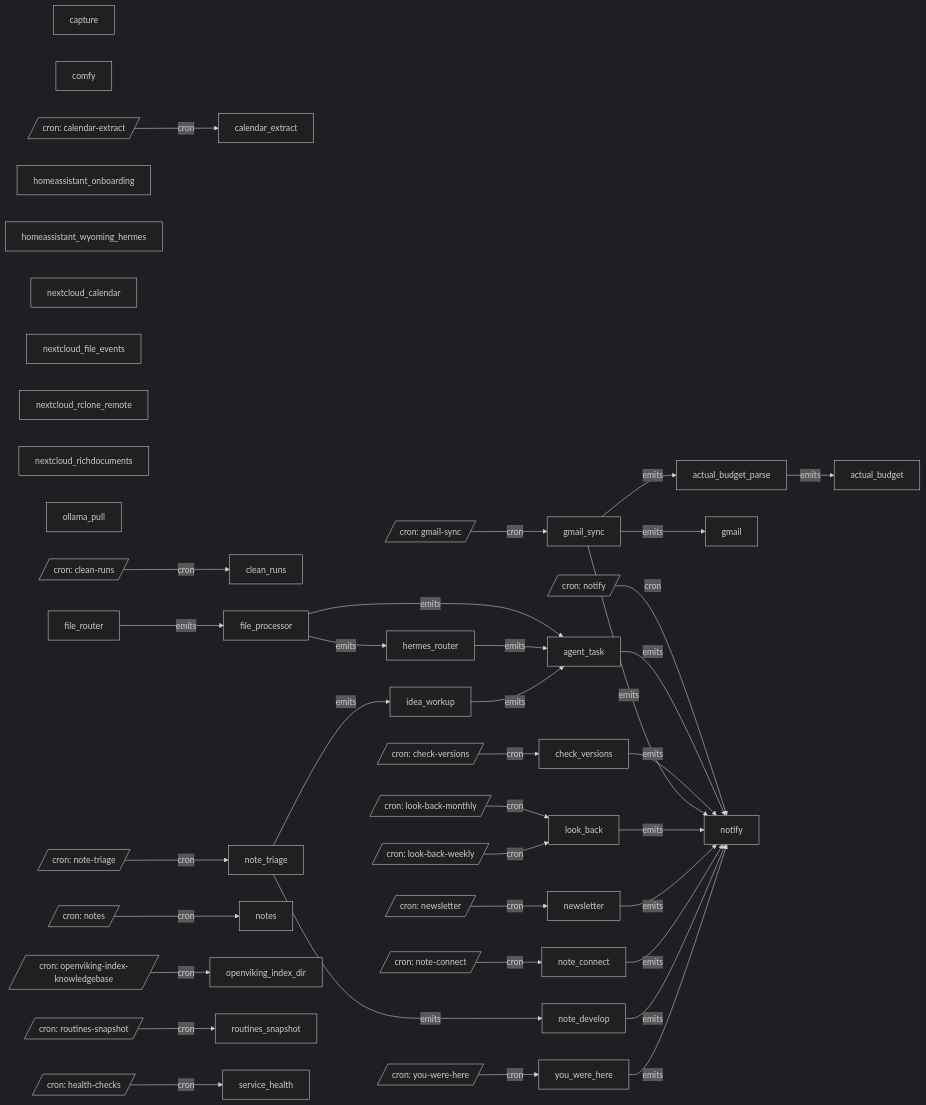
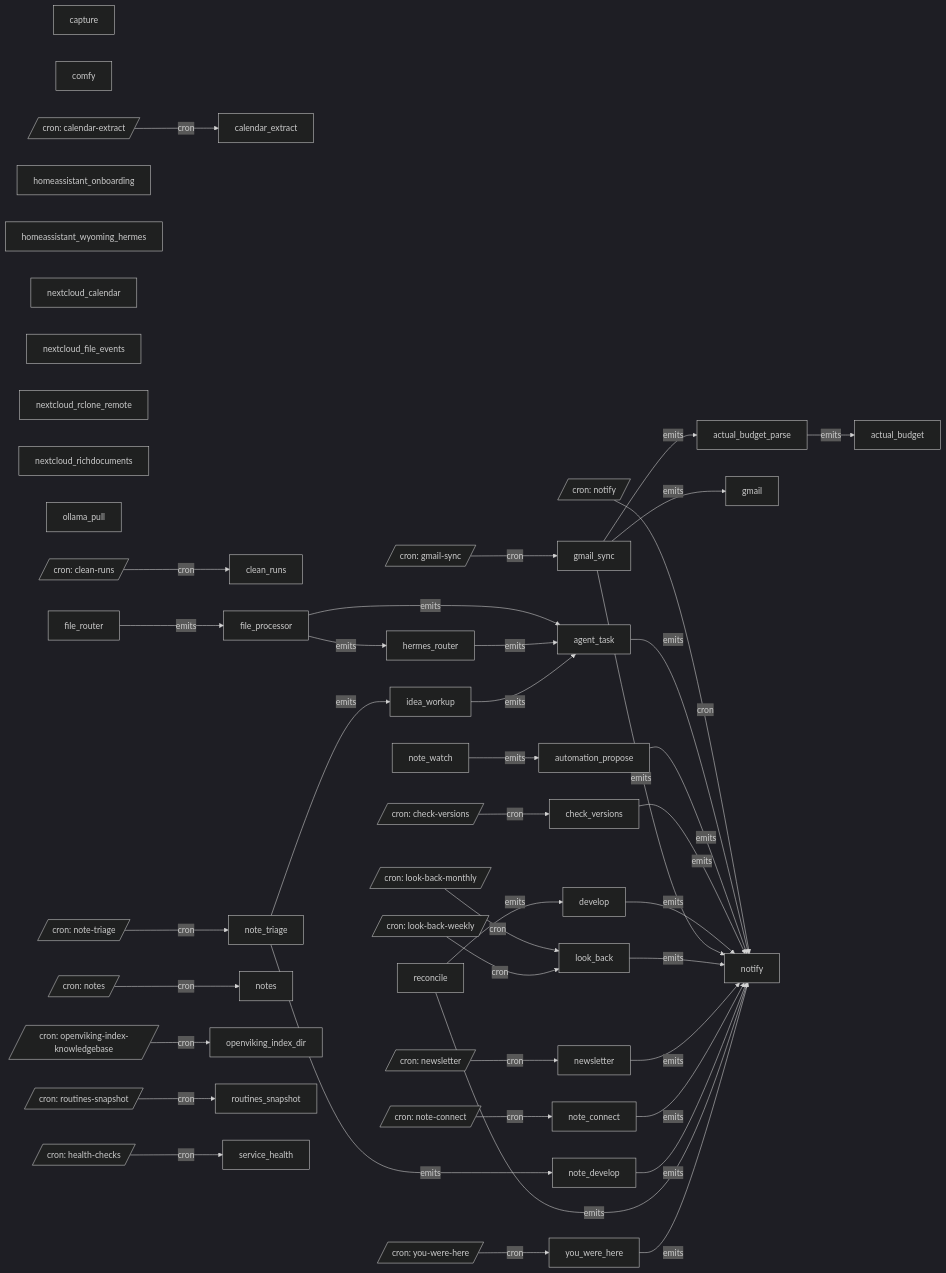
One commit to jtmckay/existential changed the diagram in automation/graph/system.md. Above: the diagram before and after it, drawn with Mermaid (dark theme). The commit also changed other lines of this file and 24 other files, not shown here.

````diff
--- a/automation/graph/system.md
+++ b/automation/graph/system.md
@@ -40,11 +44,13 @@
     actual_budget["actual_budget"]
     actual_budget_parse["actual_budget_parse"]
     agent_task["agent_task"]
+    automation_propose["automation_propose"]
     calendar_extract["calendar_extract"]
     capture["capture"]
     check_versions["check_versions"]
     clean_runs["clean_runs"]
     comfy["comfy"]
+    develop["develop"]
     file_processor["file_processor"]
     file_router["file_router"]
     gmail["gmail"]
@@ -62,10 +68,12 @@
     note_connect["note_connect"]
     note_develop["note_develop"]
     note_triage["note_triage"]
+    note_watch["note_watch"]
     notes["notes"]
     notify["notify"]
     ollama_pull["ollama_pull"]
     openviking_index_dir["openviking_index_dir"]
+    reconcile["reconcile"]
     routines_snapshot["routines_snapshot"]
     service_health["service_health"]
     you_were_here["you_were_here"]
@@ -101,7 +109,9 @@
     cron__you_were_here -->|cron| you_were_here
     actual_budget_parse -->|emits| actual_budget
     agent_task -->|emits| notify
+    automation_propose -->|emits| notify
     check_versions -->|emits| notify
+    develop -->|emits| notify
     file_processor -->|emits| agent_task
     file_processor -->|emits| hermes_router
     file_router -->|emits| file_processor
@@ -116,5 +126,8 @@
     note_develop -->|emits| notify
     note_triage -->|emits| idea_workup
     note_triage -->|emits| note_develop
+    note_watch -->|emits| automation_propose
+    reconcile -->|emits| develop
+    reconcile -->|emits| notify
     you_were_here -->|emits| notify
 ```
````
